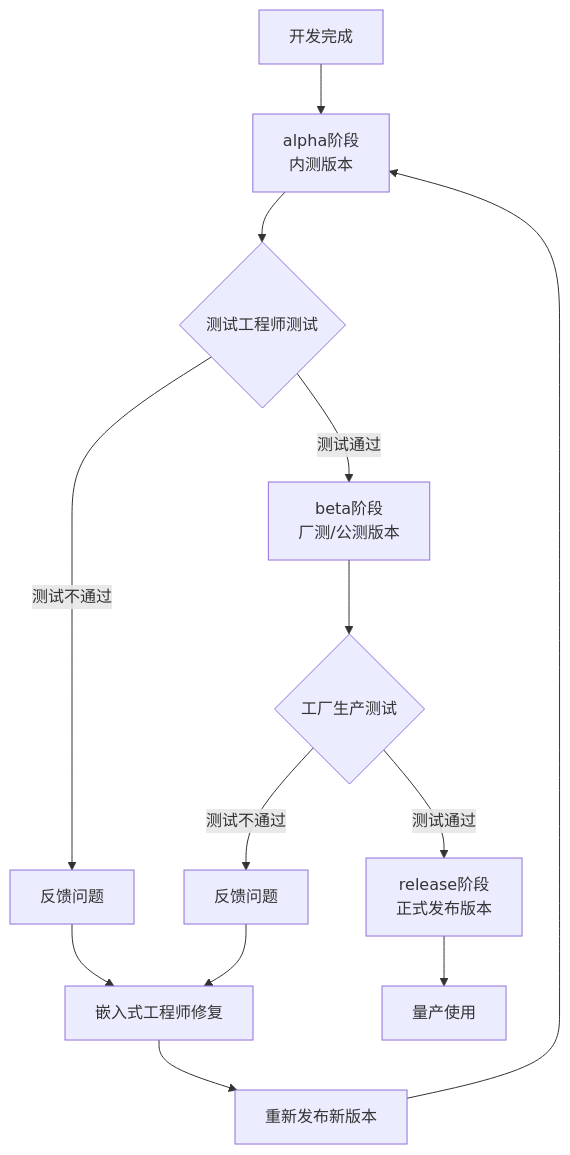
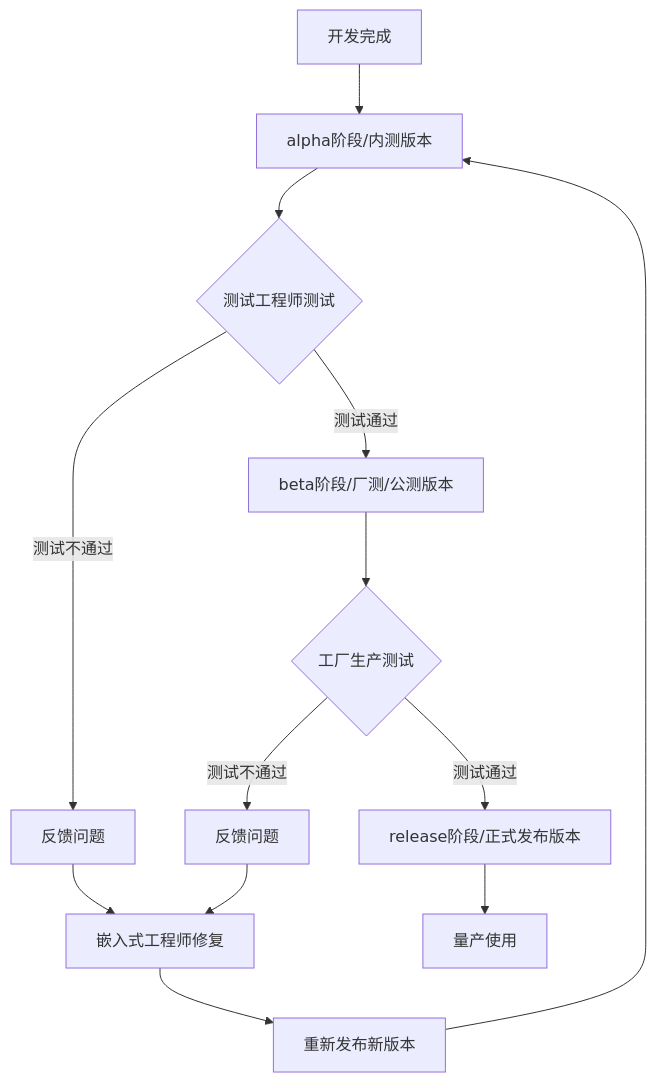
One commit to drinktoomuchsax/Tangible-Future-Embedded-Dev-Guidelines changed the diagram in README.md. Above: the diagram before and after it, drawn with Mermaid.

Commit message:
fix: 尝试修复mermaid语法错误，将换行符替换为斜杠

````diff
--- a/README.md
+++ b/README.md
@@ -92,17 +92,17 @@
 ```mermaid
 flowchart TD
-    A[开发完成] --> B[alpha阶段<br/>内测版本]
+    A[开发完成] --> B[alpha阶段/内测版本]
     B --> C{测试工程师测试}
-    C -->|测试通过| D[beta阶段<br/>厂测/公测版本]
+    C -->|测试通过| D[beta阶段/厂测/公测版本]
     C -->|测试不通过| E[反馈问题]
     E --> F[嵌入式工程师修复]
     F --> G[重新发布新版本]
     G --> B
     
     D --> H{工厂生产测试}
-    H -->|测试通过| I[release阶段<br/>正式发布版本]
+    H -->|测试通过| I[release阶段/正式发布版本]
     H -->|测试不通过| J[反馈问题]
     J --> F
     
     I --> K[量产使用]
 ```
````
